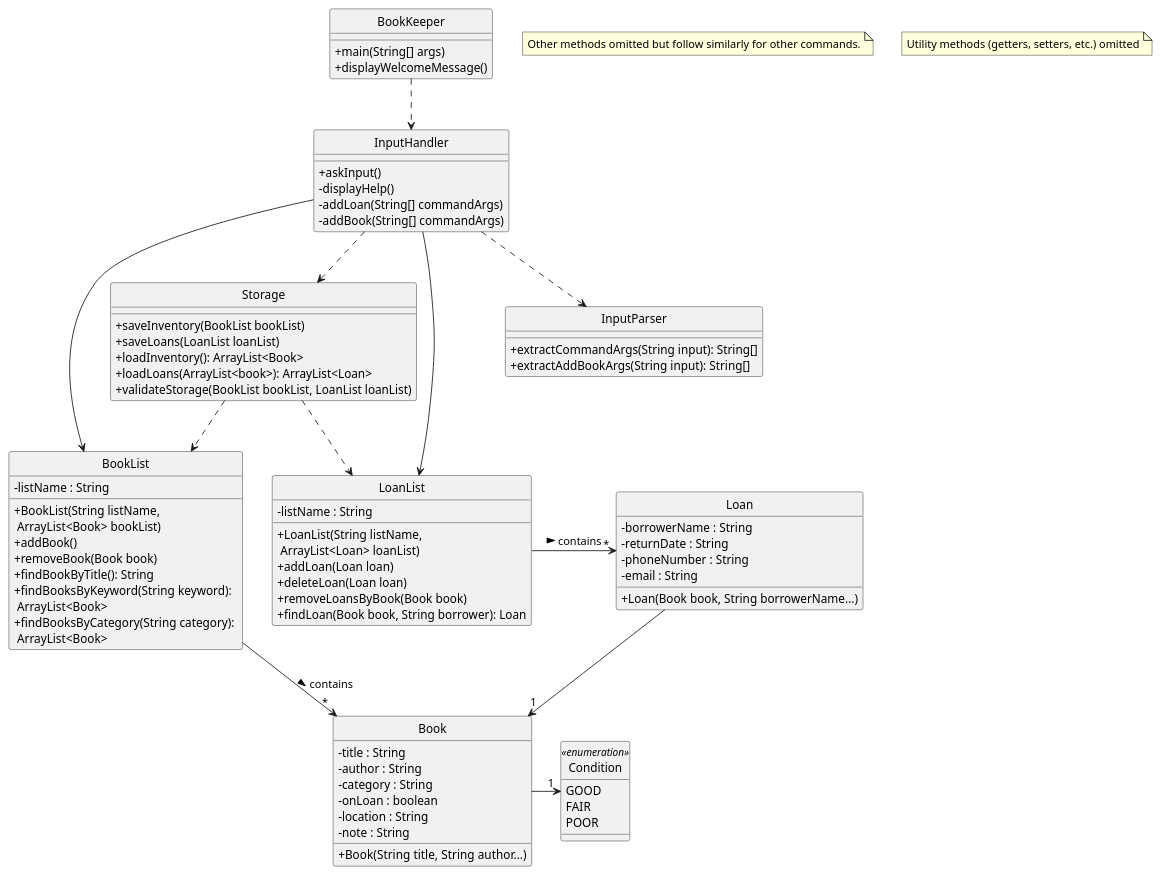
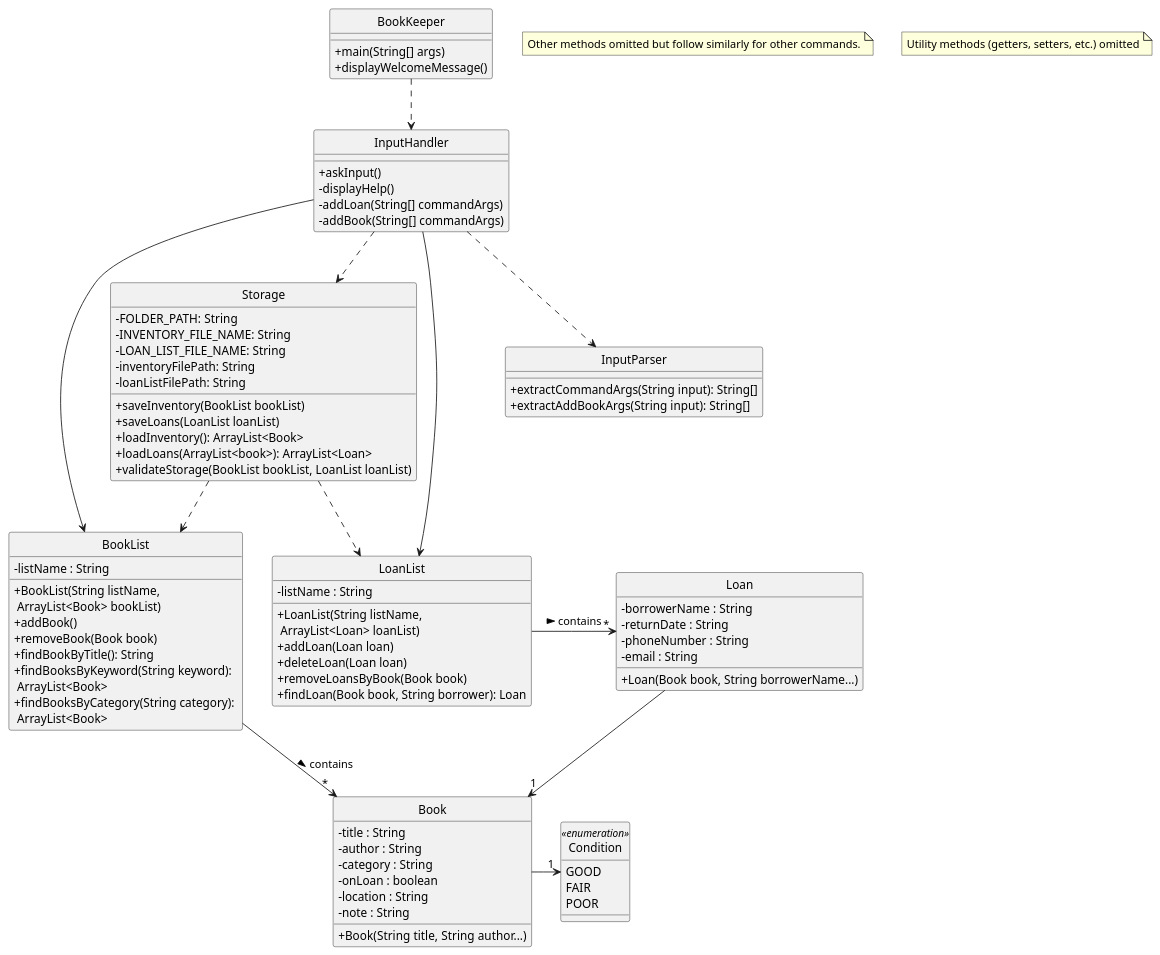
The diagram in docs/diagrams/classDiagram.puml (AY2425S2-CS2113-T12-2/tp), drawn with PlantUML before and after one commit.

Commit message:
put back attributes for Storage

```diff
--- a/docs/diagrams/classDiagram.puml
+++ b/docs/diagrams/classDiagram.puml
@@ -1,90 +1,95 @@
 @startuml
 hide circle
 skinparam ClassAttributeIconSize 0
 show enum
 
 class BookList {
     - listName : String
     + BookList(String listName, \n ArrayList<Book> bookList)
     + addBook()
     + removeBook(Book book)
     + findBookByTitle(): String
     + findBooksByKeyword(String keyword): \n ArrayList<Book>
     + findBooksByCategory(String category): \n ArrayList<Book>
 }
 
 class LoanList {
     - listName : String
     + LoanList(String listName, \n ArrayList<Loan> loanList)
     + addLoan(Loan loan)
     + deleteLoan(Loan loan)
     + removeLoansByBook(Book book)
     + findLoan(Book book, String borrower): Loan
 }
 
 class Book {
     - title : String
     - author : String
     - category : String
     - onLoan : boolean
     - location : String
     - note : String
     + Book(String title, String author...)
 }
 
 class Loan {
     - borrowerName : String
     - returnDate : String
     - phoneNumber : String
     - email : String
     + Loan(Book book, String borrowerName...)
 }
 
 enum Condition <<enumeration>> {
     GOOD
     FAIR
     POOR
 }
 
 class Storage {
+    - FOLDER_PATH: String
+    - INVENTORY_FILE_NAME: String
+    - LOAN_LIST_FILE_NAME: String
+    - inventoryFilePath: String
+    - loanListFilePath: String
     + saveInventory(BookList bookList)
     + saveLoans(LoanList loanList)
     + loadInventory(): ArrayList<Book>
     + loadLoans(ArrayList<book>): ArrayList<Loan>
     + validateStorage(BookList bookList, LoanList loanList)
 }
 
 class InputHandler {
     + askInput()
     - displayHelp()
     - addLoan(String[] commandArgs)
     - addBook(String[] commandArgs)
 }
 
 class InputParser {
     + extractCommandArgs(String input): String[]
     + extractAddBookArgs(String input): String[]
 }
 note "Other methods omitted but follow similarly for other commands." as N0
 
 class BookKeeper {
     +main(String[] args)
     +displayWelcomeMessage()
 }
 
 note "Utility methods (getters, setters, etc.) omitted" as N1
 
 BookList -> "*" Book : contains >
 LoanList -> "*" Loan : contains >
 InputHandler --> BookList
 InputHandler --> LoanList
 InputHandler ..> Storage
 InputHandler ..> InputParser
 BookKeeper ..> InputHandler
 Book -> "1" Condition
 Loan --> "1" Book
 Storage ..> BookList
 Storage ..> LoanList
 
 
 @enduml
```
